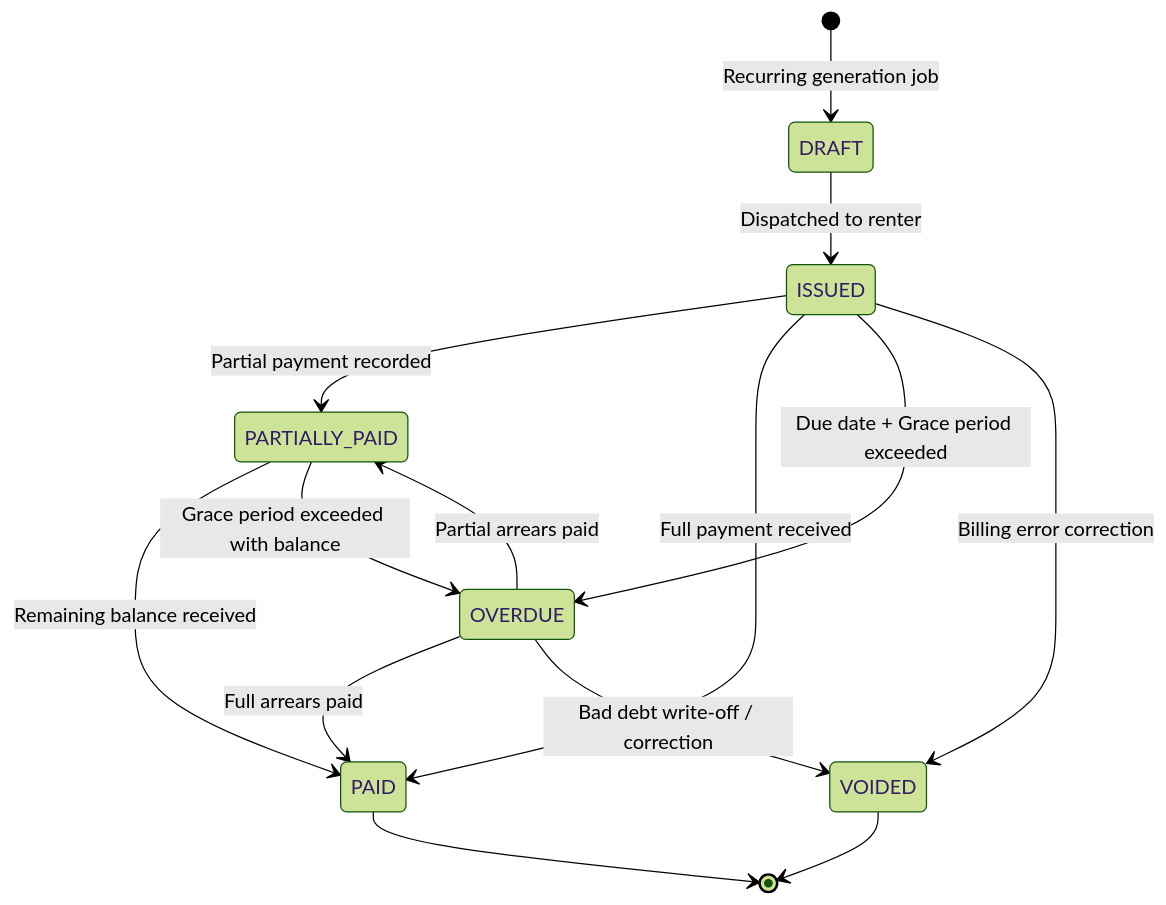
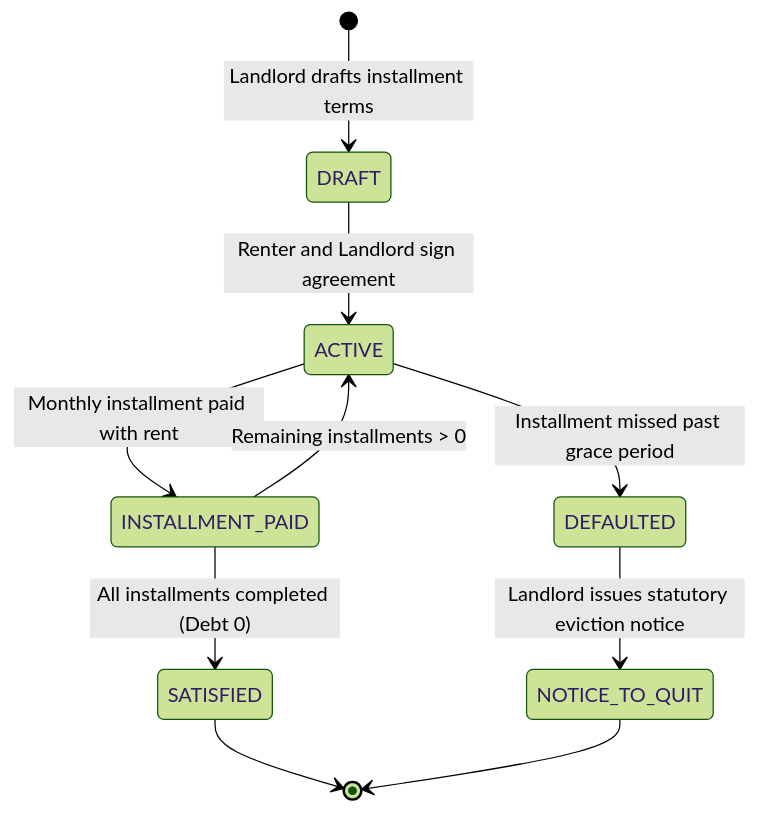
Before and after one commit to prosubodh/sthanori: the fifth of 7 diagrams in docs/DOMAIN_ANALYSIS.md, drawn with Mermaid (forest theme). The commit also changed other lines of this file and 2 other files, not shown here.

````diff
--- a/docs/DOMAIN_ANALYSIS.md
+++ b/docs/DOMAIN_ANALYSIS.md
@@ -313,16 +367,12 @@
 ```mermaid
 stateDiagram-v2
-    [*] --> DRAFT: Recurring generation job
-    DRAFT --> ISSUED: Dispatched to renter
-    ISSUED --> PARTIALLY_PAID: Partial payment recorded
-    PARTIALLY_PAID --> PAID: Remaining balance received
-    ISSUED --> PAID: Full payment received
-    ISSUED --> OVERDUE: Due date + Grace period exceeded
-    PARTIALLY_PAID --> OVERDUE: Grace period exceeded with balance
-    OVERDUE --> PAID: Full arrears paid
-    OVERDUE --> PARTIALLY_PAID: Partial arrears paid
-    ISSUED --> VOIDED: Billing error correction
-    OVERDUE --> VOIDED: Bad debt write-off / correction
-    PAID --> [*]
-    VOIDED --> [*]
+    [*] --> DRAFT: Landlord drafts installment terms
+    DRAFT --> ACTIVE: Renter and Landlord sign agreement
+    ACTIVE --> INSTALLMENT_PAID: Monthly installment paid with rent
+    INSTALLMENT_PAID --> ACTIVE: Remaining installments > 0
+    INSTALLMENT_PAID --> SATISFIED: All installments completed (Debt 0)
+    ACTIVE --> DEFAULTED: Installment missed past grace period
+    DEFAULTED --> NOTICE_TO_QUIT: Landlord issues statutory eviction notice
+    SATISFIED --> [*]
+    NOTICE_TO_QUIT --> [*]
 ```
````
